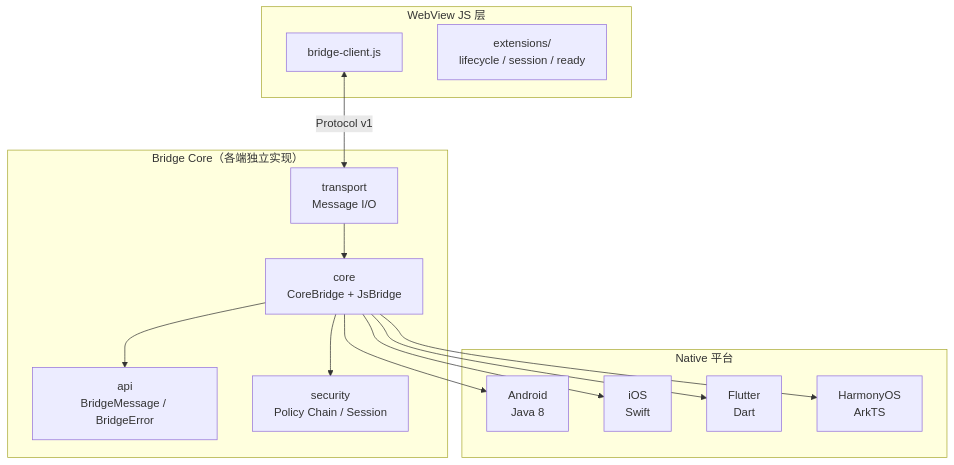
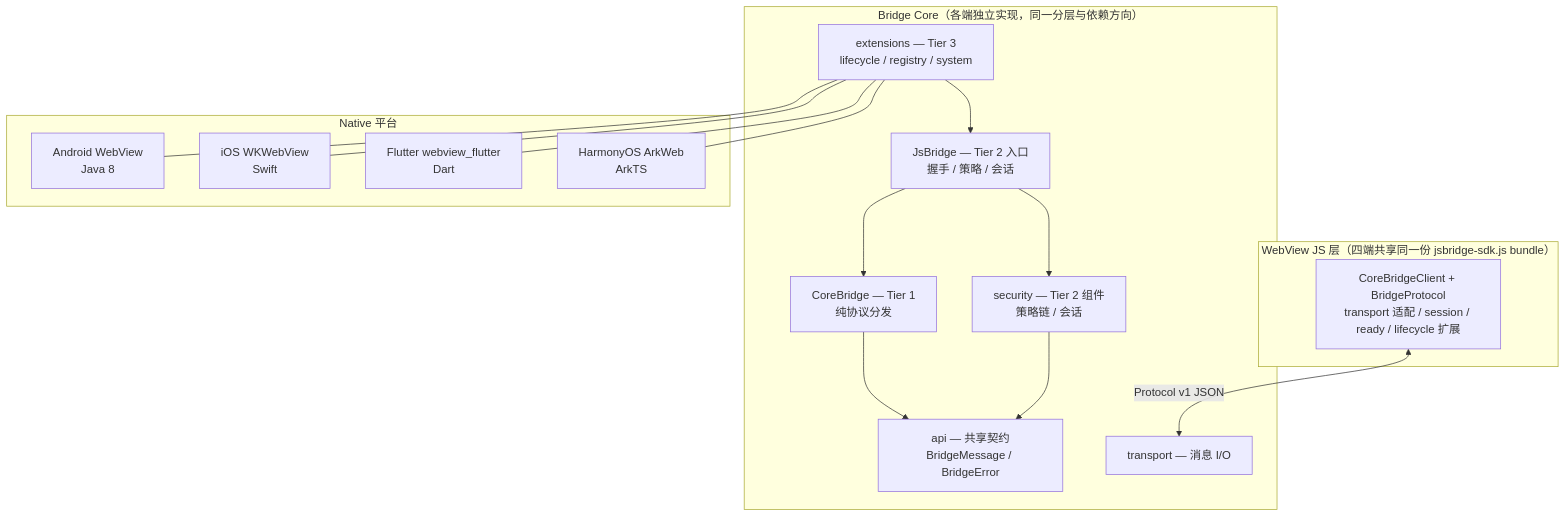
Before and after one commit to xesam/JsBridge2: the diagram in README.md, drawn with Mermaid. The commit also changed other lines of this file and 281 other files, not shown here.

````diff
--- a/README.md
+++ b/README.md
@@ -341,30 +77,33 @@
 ```mermaid
-graph TD
-    subgraph WebView["WebView JS 层"]
-        BC["bridge-client.js"]
-        EXT["extensions/\nlifecycle / session / ready"]
+graph TB
+    subgraph JS["WebView JS 层（四端共享同一份 jsbridge-sdk.js bundle）"]
+        SDK["CoreBridgeClient + BridgeProtocol<br/>transport 适配 / session / ready / lifecycle 扩展"]
     end
 
-    subgraph Core["Bridge Core（各端独立实现）"]
-        API["api\nBridgeMessage / BridgeError"]
-        CORE["core\nCoreBridge + JsBridge"]
-        SEC["security\nPolicy Chain / Session"]
-        TRANS["transport\nMessage I/O"]
+    subgraph Core["Bridge Core（各端独立实现，同一分层与依赖方向）"]
+        API["api — 共享契约<br/>BridgeMessage / BridgeError"]
+        T["transport — 消息 I/O"]
+        CORE["CoreBridge — Tier 1<br/>纯协议分发"]
+        SEC["security — Tier 2 组件<br/>策略链 / 会话"]
+        JSB["JsBridge — Tier 2 入口<br/>握手 / 策略 / 会话"]
+        EXT["extensions — Tier 3<br/>lifecycle / registry / system"]
+        CORE --> API
+        JSB --> CORE
+        JSB --> SEC
+        SEC --> API
+        EXT --> JSB
     end
 
     subgraph Platforms["Native 平台"]
-        AND["Android\nJava 8"]
-        IOS["iOS\nSwift"]
-        FLT["Flutter\nDart"]
-        HM["HarmonyOS\nArkTS"]
+        AND["Android WebView<br/>Java 8"]
+        IOS["iOS WKWebView<br/>Swift"]
+        FLT["Flutter webview_flutter<br/>Dart"]
+        HARM["HarmonyOS ArkWeb<br/>ArkTS"]
     end
 
-    BC <-->|Protocol v1| TRANS
-    TRANS --> CORE
-    CORE --> API
-    CORE --> SEC
-    CORE --> AND
-    CORE --> IOS
-    CORE --> FLT
-    CORE --> HM
+    SDK <-->|"Protocol v1 JSON"| T
+    EXT --- AND
+    EXT --- IOS
+    EXT --- FLT
+    EXT --- HARM
 ```
````
